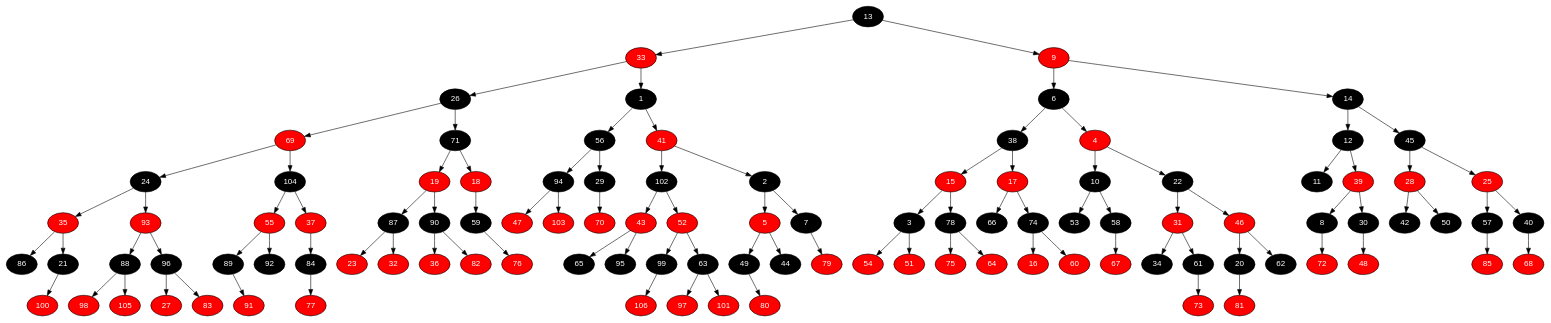
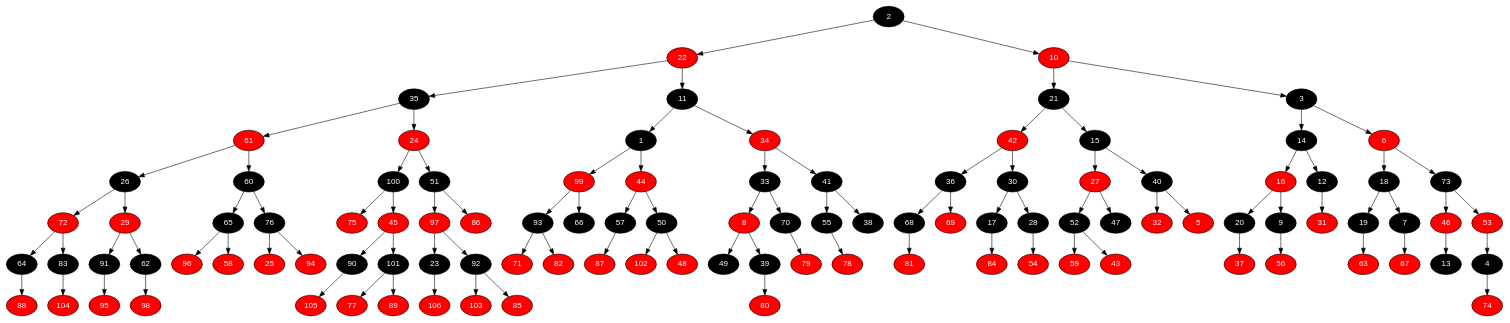
One commit to marcotuiio/Data_Structures changed the diagram in T3/outputs/02-mar-pequeno-3pares-naus_mc-01-tudo-dir.dot. Above: the diagram before and after it, drawn with Graphviz. The commit also changed 634 other files, not shown here.

```diff
--- a/T3/outputs/02-mar-pequeno-3pares-naus_mc-01-tudo-dir.dot
+++ b/T3/outputs/02-mar-pequeno-3pares-naus_mc-01-tudo-dir.dot
@@ -3,217 +3,217 @@
 	edge [fontname="Helvetica,Arial,sans-serif" color="black"]
 
 	{
+		node [fillcolor=" black" fontcolor=" white"] 2 
+		node [fillcolor=" red" fontcolor=" white"] 22 
+		node [fillcolor=" black" fontcolor=" white"] 35 
+		node [fillcolor=" red" fontcolor=" white"] 61 
+		node [fillcolor=" black" fontcolor=" white"] 26 
+		node [fillcolor=" red" fontcolor=" white"] 72 
+		node [fillcolor=" black" fontcolor=" white"] 64 
+		node [fillcolor=" red" fontcolor=" white"] 88 
+		node [fillcolor=" black" fontcolor=" white"] 83 
+		node [fillcolor=" red" fontcolor=" white"] 104 
+		node [fillcolor=" red" fontcolor=" white"] 29 
+		node [fillcolor=" black" fontcolor=" white"] 91 
+		node [fillcolor=" red" fontcolor=" white"] 95 
+		node [fillcolor=" black" fontcolor=" white"] 62 
+		node [fillcolor=" red" fontcolor=" white"] 98 
+		node [fillcolor=" black" fontcolor=" white"] 60 
+		node [fillcolor=" black" fontcolor=" white"] 65 
+		node [fillcolor=" red" fontcolor=" white"] 96 
+		node [fillcolor=" red" fontcolor=" white"] 58 
+		node [fillcolor=" black" fontcolor=" white"] 76 
+		node [fillcolor=" red" fontcolor=" white"] 25 
+		node [fillcolor=" red" fontcolor=" white"] 94 
+		node [fillcolor=" red" fontcolor=" white"] 24 
+		node [fillcolor=" black" fontcolor=" white"] 100 
+		node [fillcolor=" red" fontcolor=" white"] 75 
+		node [fillcolor=" red" fontcolor=" white"] 45 
+		node [fillcolor=" black" fontcolor=" white"] 90 
+		node [fillcolor=" red" fontcolor=" white"] 105 
+		node [fillcolor=" black" fontcolor=" white"] 101 
+		node [fillcolor=" red" fontcolor=" white"] 77 
+		node [fillcolor=" red" fontcolor=" white"] 89 
+		node [fillcolor=" black" fontcolor=" white"] 51 
+		node [fillcolor=" red" fontcolor=" white"] 97 
+		node [fillcolor=" black" fontcolor=" white"] 23 
+		node [fillcolor=" red" fontcolor=" white"] 106 
+		node [fillcolor=" black" fontcolor=" white"] 92 
+		node [fillcolor=" red" fontcolor=" white"] 103 
+		node [fillcolor=" red" fontcolor=" white"] 85 
+		node [fillcolor=" red" fontcolor=" white"] 86 
+		node [fillcolor=" black" fontcolor=" white"] 11 
+		node [fillcolor=" black" fontcolor=" white"] 1 
+		node [fillcolor=" red" fontcolor=" white"] 99 
+		node [fillcolor=" black" fontcolor=" white"] 93 
+		node [fillcolor=" red" fontcolor=" white"] 71 
+		node [fillcolor=" red" fontcolor=" white"] 82 
+		node [fillcolor=" black" fontcolor=" white"] 66 
+		node [fillcolor=" red" fontcolor=" white"] 44 
+		node [fillcolor=" black" fontcolor=" white"] 57 
+		node [fillcolor=" red" fontcolor=" white"] 87 
+		node [fillcolor=" black" fontcolor=" white"] 50 
+		node [fillcolor=" red" fontcolor=" white"] 102 
+		node [fillcolor=" red" fontcolor=" white"] 48 
+		node [fillcolor=" red" fontcolor=" white"] 34 
+		node [fillcolor=" black" fontcolor=" white"] 33 
+		node [fillcolor=" red" fontcolor=" white"] 8 
+		node [fillcolor=" black" fontcolor=" white"] 49 
+		node [fillcolor=" black" fontcolor=" white"] 39 
+		node [fillcolor=" red" fontcolor=" white"] 80 
+		node [fillcolor=" black" fontcolor=" white"] 70 
+		node [fillcolor=" red" fontcolor=" white"] 79 
+		node [fillcolor=" black" fontcolor=" white"] 41 
+		node [fillcolor=" black" fontcolor=" white"] 55 
+		node [fillcolor=" red" fontcolor=" white"] 78 
+		node [fillcolor=" black" fontcolor=" white"] 38 
+		node [fillcolor=" red" fontcolor=" white"] 10 
+		node [fillcolor=" black" fontcolor=" white"] 21 
+		node [fillcolor=" red" fontcolor=" white"] 42 
+		node [fillcolor=" black" fontcolor=" white"] 36 
+		node [fillcolor=" black" fontcolor=" white"] 68 
+		node [fillcolor=" red" fontcolor=" white"] 81 
+		node [fillcolor=" red" fontcolor=" white"] 69 
+		node [fillcolor=" black" fontcolor=" white"] 30 
+		node [fillcolor=" black" fontcolor=" white"] 17 
+		node [fillcolor=" red" fontcolor=" white"] 84 
+		node [fillcolor=" black" fontcolor=" white"] 28 
+		node [fillcolor=" red" fontcolor=" white"] 54 
+		node [fillcolor=" black" fontcolor=" white"] 15 
+		node [fillcolor=" red" fontcolor=" white"] 27 
+		node [fillcolor=" black" fontcolor=" white"] 52 
+		node [fillcolor=" red" fontcolor=" white"] 59 
+		node [fillcolor=" red" fontcolor=" white"] 43 
+		node [fillcolor=" black" fontcolor=" white"] 47 
+		node [fillcolor=" black" fontcolor=" white"] 40 
+		node [fillcolor=" red" fontcolor=" white"] 32 
+		node [fillcolor=" red" fontcolor=" white"] 5 
+		node [fillcolor=" black" fontcolor=" white"] 3 
+		node [fillcolor=" black" fontcolor=" white"] 14 
+		node [fillcolor=" red" fontcolor=" white"] 16 
+		node [fillcolor=" black" fontcolor=" white"] 20 
+		node [fillcolor=" red" fontcolor=" white"] 37 
+		node [fillcolor=" black" fontcolor=" white"] 9 
+		node [fillcolor=" red" fontcolor=" white"] 56 
+		node [fillcolor=" black" fontcolor=" white"] 12 
+		node [fillcolor=" red" fontcolor=" white"] 31 
+		node [fillcolor=" red" fontcolor=" white"] 6 
+		node [fillcolor=" black" fontcolor=" white"] 18 
+		node [fillcolor=" black" fontcolor=" white"] 19 
+		node [fillcolor=" red" fontcolor=" white"] 63 
+		node [fillcolor=" black" fontcolor=" white"] 7 
+		node [fillcolor=" red" fontcolor=" white"] 67 
+		node [fillcolor=" black" fontcolor=" white"] 73 
+		node [fillcolor=" red" fontcolor=" white"] 46 
 		node [fillcolor=" black" fontcolor=" white"] 13 
-		node [fillcolor=" red" fontcolor=" white"] 33 
-		node [fillcolor=" black" fontcolor=" white"] 26 
-		node [fillcolor=" red" fontcolor=" white"] 69 
-		node [fillcolor=" black" fontcolor=" white"] 24 
-		node [fillcolor=" red" fontcolor=" white"] 35 
-		node [fillcolor=" black" fontcolor=" white"] 86 
-		node [fillcolor=" black" fontcolor=" white"] 21 
-		node [fillcolor=" red" fontcolor=" white"] 100 
-		node [fillcolor=" red" fontcolor=" white"] 93 
-		node [fillcolor=" black" fontcolor=" white"] 88 
-		node [fillcolor=" red" fontcolor=" white"] 98 
-		node [fillcolor=" red" fontcolor=" white"] 105 
-		node [fillcolor=" black" fontcolor=" white"] 96 
-		node [fillcolor=" red" fontcolor=" white"] 27 
-		node [fillcolor=" red" fontcolor=" white"] 83 
-		node [fillcolor=" black" fontcolor=" white"] 104 
-		node [fillcolor=" red" fontcolor=" white"] 55 
-		node [fillcolor=" black" fontcolor=" white"] 89 
-		node [fillcolor=" red" fontcolor=" white"] 91 
-		node [fillcolor=" black" fontcolor=" white"] 92 
-		node [fillcolor=" red" fontcolor=" white"] 37 
-		node [fillcolor=" black" fontcolor=" white"] 84 
-		node [fillcolor=" red" fontcolor=" white"] 77 
-		node [fillcolor=" black" fontcolor=" white"] 71 
-		node [fillcolor=" red" fontcolor=" white"] 19 
-		node [fillcolor=" black" fontcolor=" white"] 87 
-		node [fillcolor=" red" fontcolor=" white"] 23 
-		node [fillcolor=" red" fontcolor=" white"] 32 
-		node [fillcolor=" black" fontcolor=" white"] 90 
-		node [fillcolor=" red" fontcolor=" white"] 36 
-		node [fillcolor=" red" fontcolor=" white"] 82 
-		node [fillcolor=" red" fontcolor=" white"] 18 
-		node [fillcolor=" black" fontcolor=" white"] 59 
-		node [fillcolor=" red" fontcolor=" white"] 76 
-		node [fillcolor=" black" fontcolor=" white"] 1 
-		node [fillcolor=" black" fontcolor=" white"] 56 
-		node [fillcolor=" black" fontcolor=" white"] 94 
-		node [fillcolor=" red" fontcolor=" white"] 47 
-		node [fillcolor=" red" fontcolor=" white"] 103 
-		node [fillcolor=" black" fontcolor=" white"] 29 
-		node [fillcolor=" red" fontcolor=" white"] 70 
-		node [fillcolor=" red" fontcolor=" white"] 41 
-		node [fillcolor=" black" fontcolor=" white"] 102 
-		node [fillcolor=" red" fontcolor=" white"] 43 
-		node [fillcolor=" black" fontcolor=" white"] 65 
-		node [fillcolor=" black" fontcolor=" white"] 95 
-		node [fillcolor=" red" fontcolor=" white"] 52 
-		node [fillcolor=" black" fontcolor=" white"] 99 
-		node [fillcolor=" red" fontcolor=" white"] 106 
-		node [fillcolor=" black" fontcolor=" white"] 63 
-		node [fillcolor=" red" fontcolor=" white"] 97 
-		node [fillcolor=" red" fontcolor=" white"] 101 
-		node [fillcolor=" black" fontcolor=" white"] 2 
-		node [fillcolor=" red" fontcolor=" white"] 5 
-		node [fillcolor=" black" fontcolor=" white"] 49 
-		node [fillcolor=" red" fontcolor=" white"] 80 
-		node [fillcolor=" black" fontcolor=" white"] 44 
-		node [fillcolor=" black" fontcolor=" white"] 7 
-		node [fillcolor=" red" fontcolor=" white"] 79 
-		node [fillcolor=" red" fontcolor=" white"] 9 
-		node [fillcolor=" black" fontcolor=" white"] 6 
-		node [fillcolor=" black" fontcolor=" white"] 38 
-		node [fillcolor=" red" fontcolor=" white"] 15 
-		node [fillcolor=" black" fontcolor=" white"] 3 
-		node [fillcolor=" red" fontcolor=" white"] 54 
-		node [fillcolor=" red" fontcolor=" white"] 51 
-		node [fillcolor=" black" fontcolor=" white"] 78 
-		node [fillcolor=" red" fontcolor=" white"] 75 
-		node [fillcolor=" red" fontcolor=" white"] 64 
-		node [fillcolor=" red" fontcolor=" white"] 17 
-		node [fillcolor=" black" fontcolor=" white"] 66 
-		node [fillcolor=" black" fontcolor=" white"] 74 
-		node [fillcolor=" red" fontcolor=" white"] 16 
-		node [fillcolor=" red" fontcolor=" white"] 60 
-		node [fillcolor=" red" fontcolor=" white"] 4 
-		node [fillcolor=" black" fontcolor=" white"] 10 
-		node [fillcolor=" black" fontcolor=" white"] 53 
-		node [fillcolor=" black" fontcolor=" white"] 58 
-		node [fillcolor=" red" fontcolor=" white"] 67 
-		node [fillcolor=" black" fontcolor=" white"] 22 
-		node [fillcolor=" red" fontcolor=" white"] 31 
-		node [fillcolor=" black" fontcolor=" white"] 34 
-		node [fillcolor=" black" fontcolor=" white"] 61 
-		node [fillcolor=" red" fontcolor=" white"] 73 
-		node [fillcolor=" red" fontcolor=" white"] 46 
-		node [fillcolor=" black" fontcolor=" white"] 20 
-		node [fillcolor=" red" fontcolor=" white"] 81 
-		node [fillcolor=" black" fontcolor=" white"] 62 
-		node [fillcolor=" black" fontcolor=" white"] 14 
-		node [fillcolor=" black" fontcolor=" white"] 12 
-		node [fillcolor=" black" fontcolor=" white"] 11 
-		node [fillcolor=" red" fontcolor=" white"] 39 
-		node [fillcolor=" black" fontcolor=" white"] 8 
-		node [fillcolor=" red" fontcolor=" white"] 72 
-		node [fillcolor=" black" fontcolor=" white"] 30 
-		node [fillcolor=" red" fontcolor=" white"] 48 
-		node [fillcolor=" black" fontcolor=" white"] 45 
-		node [fillcolor=" red" fontcolor=" white"] 28 
-		node [fillcolor=" black" fontcolor=" white"] 42 
-		node [fillcolor=" black" fontcolor=" white"] 50 
-		node [fillcolor=" red" fontcolor=" white"] 25 
-		node [fillcolor=" black" fontcolor=" white"] 57 
-		node [fillcolor=" red" fontcolor=" white"] 85 
-		node [fillcolor=" black" fontcolor=" white"] 40 
-		node [fillcolor=" red" fontcolor=" white"] 68 
+		node [fillcolor=" red" fontcolor=" white"] 53 
+		node [fillcolor=" black" fontcolor=" white"] 4 
+		node [fillcolor=" red" fontcolor=" white"] 74 
 	}
 
-	13 -> 33 
-	13 -> 9 
-	33 -> 26 
-	33 -> 1 
-	26 -> 69 
-	26 -> 71 
-	69 -> 24 
-	69 -> 104 
-	24 -> 35 
-	24 -> 93 
-	35 -> 86 
-	35 -> 21 
-	21 -> 100 
-	93 -> 88 
-	93 -> 96 
-	88 -> 98 
-	88 -> 105 
-	96 -> 27 
-	96 -> 83 
-	104 -> 55 
-	104 -> 37 
-	55 -> 89 
-	55 -> 92 
-	89 -> 91 
-	37 -> 84 
-	84 -> 77 
-	71 -> 19 
-	71 -> 18 
-	19 -> 87 
-	19 -> 90 
-	87 -> 23 
-	87 -> 32 
-	90 -> 36 
-	90 -> 82 
-	18 -> 59 
-	59 -> 76 
-	1 -> 56 
-	1 -> 41 
-	56 -> 94 
-	56 -> 29 
-	94 -> 47 
-	94 -> 103 
-	29 -> 70 
-	41 -> 102 
-	41 -> 2 
-	102 -> 43 
-	102 -> 52 
-	43 -> 65 
-	43 -> 95 
-	52 -> 99 
-	52 -> 63 
-	99 -> 106 
-	63 -> 97 
-	63 -> 101 
-	2 -> 5 
-	2 -> 7 
-	5 -> 49 
-	5 -> 44 
-	49 -> 80 
-	7 -> 79 
-	9 -> 6 
-	9 -> 14 
-	6 -> 38 
-	6 -> 4 
-	38 -> 15 
-	38 -> 17 
-	15 -> 3 
-	15 -> 78 
-	3 -> 54 
-	3 -> 51 
-	78 -> 75 
-	78 -> 64 
-	17 -> 66 
-	17 -> 74 
-	74 -> 16 
-	74 -> 60 
-	4 -> 10 
-	4 -> 22 
-	10 -> 53 
-	10 -> 58 
-	58 -> 67 
-	22 -> 31 
-	22 -> 46 
-	31 -> 34 
-	31 -> 61 
-	61 -> 73 
-	46 -> 20 
-	46 -> 62 
-	20 -> 81 
+	2 -> 22 
+	2 -> 10 
+	22 -> 35 
+	22 -> 11 
+	35 -> 61 
+	35 -> 24 
+	61 -> 26 
+	61 -> 60 
+	26 -> 72 
+	26 -> 29 
+	72 -> 64 
+	72 -> 83 
+	64 -> 88 
+	83 -> 104 
+	29 -> 91 
+	29 -> 62 
+	91 -> 95 
+	62 -> 98 
+	60 -> 65 
+	60 -> 76 
+	65 -> 96 
+	65 -> 58 
+	76 -> 25 
+	76 -> 94 
+	24 -> 100 
+	24 -> 51 
+	100 -> 75 
+	100 -> 45 
+	45 -> 90 
+	45 -> 101 
+	90 -> 105 
+	101 -> 77 
+	101 -> 89 
+	51 -> 97 
+	51 -> 86 
+	97 -> 23 
+	97 -> 92 
+	23 -> 106 
+	92 -> 103 
+	92 -> 85 
+	11 -> 1 
+	11 -> 34 
+	1 -> 99 
+	1 -> 44 
+	99 -> 93 
+	99 -> 66 
+	93 -> 71 
+	93 -> 82 
+	44 -> 57 
+	44 -> 50 
+	57 -> 87 
+	50 -> 102 
+	50 -> 48 
+	34 -> 33 
+	34 -> 41 
+	33 -> 8 
+	33 -> 70 
+	8 -> 49 
+	8 -> 39 
+	39 -> 80 
+	70 -> 79 
+	41 -> 55 
+	41 -> 38 
+	55 -> 78 
+	10 -> 21 
+	10 -> 3 
+	21 -> 42 
+	21 -> 15 
+	42 -> 36 
+	42 -> 30 
+	36 -> 68 
+	36 -> 69 
+	68 -> 81 
+	30 -> 17 
+	30 -> 28 
+	17 -> 84 
+	28 -> 54 
+	15 -> 27 
+	15 -> 40 
+	27 -> 52 
+	27 -> 47 
+	52 -> 59 
+	52 -> 43 
+	40 -> 32 
+	40 -> 5 
+	3 -> 14 
+	3 -> 6 
+	14 -> 16 
 	14 -> 12 
-	14 -> 45 
-	12 -> 11 
-	12 -> 39 
-	39 -> 8 
-	39 -> 30 
-	8 -> 72 
-	30 -> 48 
-	45 -> 28 
-	45 -> 25 
-	28 -> 42 
-	28 -> 50 
-	25 -> 57 
-	25 -> 40 
-	57 -> 85 
-	40 -> 68 
+	16 -> 20 
+	16 -> 9 
+	20 -> 37 
+	9 -> 56 
+	12 -> 31 
+	6 -> 18 
+	6 -> 73 
+	18 -> 19 
+	18 -> 7 
+	19 -> 63 
+	7 -> 67 
+	73 -> 46 
+	73 -> 53 
+	46 -> 13 
+	53 -> 4 
+	4 -> 74 
 }
```
